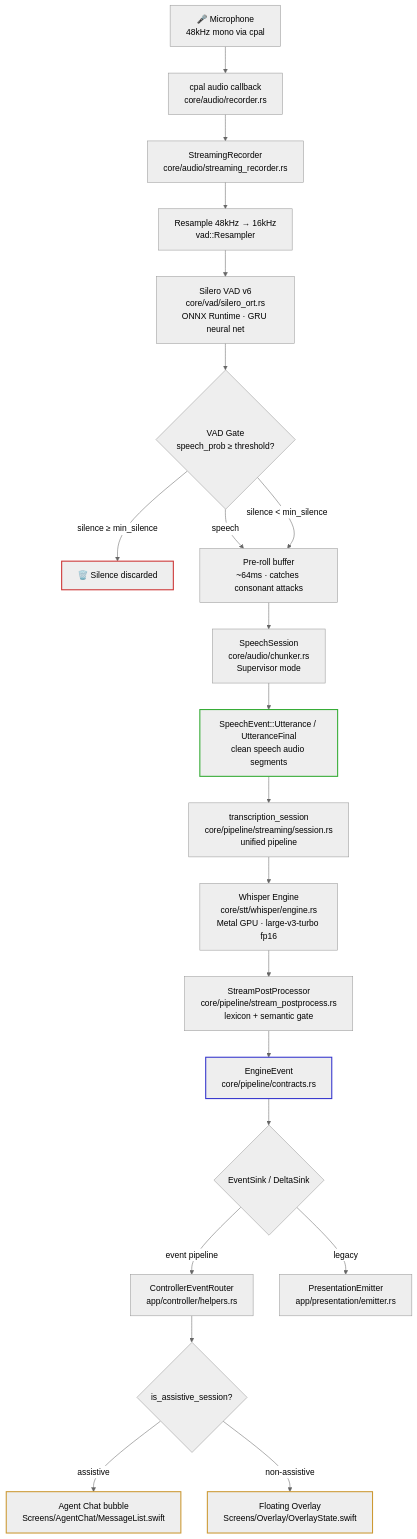
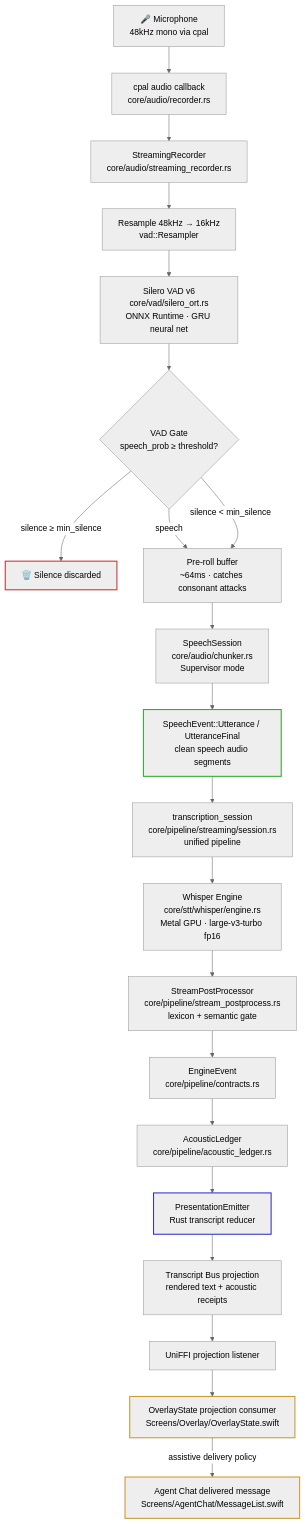
The second of 2 diagrams in docs/OVERLAY_STREAMING.md (vetcoders/codescribe), drawn with Mermaid (neutral theme) before and after one commit. The commit also changed other lines of this file and 3 other files, not shown here.

````diff
--- a/docs/OVERLAY_STREAMING.md
+++ b/docs/OVERLAY_STREAMING.md
@@ -67,50 +75,50 @@
 ```mermaid
 flowchart TD
     MIC[🎤 Microphone\n48kHz mono via cpal]
     CPAL[cpal audio callback\ncore/audio/recorder.rs]
     SR[StreamingRecorder\ncore/audio/streaming_recorder.rs]
     RESAMPLE[Resample 48kHz → 16kHz\nvad::Resampler]
     VAD[Silero VAD v6\ncore/vad/silero_ort.rs\nONNX Runtime · GRU neural net]
     GATE{VAD Gate\nspeech_prob ≥ threshold?}
     DROP[🗑️ Silence discarded]
     PREROLL[Pre-roll buffer\n~64ms · catches consonant attacks]
     SPEECH[SpeechSession\ncore/audio/chunker.rs\nSupervisor mode]
     CHUNK[SpeechEvent::Utterance / UtteranceFinal\nclean speech audio segments]
     WORKER[transcription_session\ncore/pipeline/streaming/session.rs\nunified pipeline]
     WHISPER[Whisper Engine\ncore/stt/whisper/engine.rs\nMetal GPU · large-v3-turbo fp16]
     POSTPROC[StreamPostProcessor\ncore/pipeline/stream_postprocess.rs\nlexicon + semantic gate]
     EVENT[EngineEvent\ncore/pipeline/contracts.rs]
-    SINK{EventSink / DeltaSink}
-    ROUTER[ControllerEventRouter\napp/controller/helpers.rs]
-    EMITTER[PresentationEmitter\napp/presentation/emitter.rs]
-    CHECK{is_assistive_session?}
-    ASSIST[Agent Chat bubble\nScreens/AgentChat/MessageList.swift]
-    OVERLAY[Floating Overlay\nScreens/Overlay/OverlayState.swift]
+    LEDGER[AcousticLedger\ncore/pipeline/acoustic_ledger.rs]
+    REDUCER[PresentationEmitter\nRust transcript reducer]
+    BUS[Transcript Bus projection\nrendered text + acoustic receipts]
+    BRIDGE[UniFFI projection listener]
+    OVERLAY[OverlayState projection consumer\nScreens/Overlay/OverlayState.swift]
+    ASSIST[Agent Chat delivered message\nScreens/AgentChat/MessageList.swift]
 
     MIC --> CPAL
     CPAL --> SR
     SR --> RESAMPLE
     RESAMPLE --> VAD
     VAD --> GATE
     GATE -->|speech| PREROLL
     GATE -->|silence < min_silence| PREROLL
     GATE -->|silence ≥ min_silence| DROP
     PREROLL --> SPEECH
     SPEECH --> CHUNK
     CHUNK --> WORKER
     WORKER --> WHISPER
     WHISPER --> POSTPROC
     POSTPROC --> EVENT
-    EVENT --> SINK
-    SINK -->|event pipeline| ROUTER
-    SINK -->|legacy| EMITTER
-    ROUTER --> CHECK
-    CHECK -->|assistive| ASSIST
-    CHECK -->|non-assistive| OVERLAY
+    EVENT --> LEDGER
+    LEDGER --> REDUCER
+    REDUCER --> BUS
+    BUS --> BRIDGE
+    BRIDGE --> OVERLAY
+    OVERLAY -->|assistive delivery policy| ASSIST
 
     style DROP stroke:#c33,stroke-width:2px
     style CHUNK stroke:#3a3,stroke-width:2px
-    style EVENT stroke:#33c,stroke-width:2px
+    style REDUCER stroke:#33c,stroke-width:2px
     style OVERLAY stroke:#c93,stroke-width:2px
     style ASSIST stroke:#c93,stroke-width:2px
 ```
````
